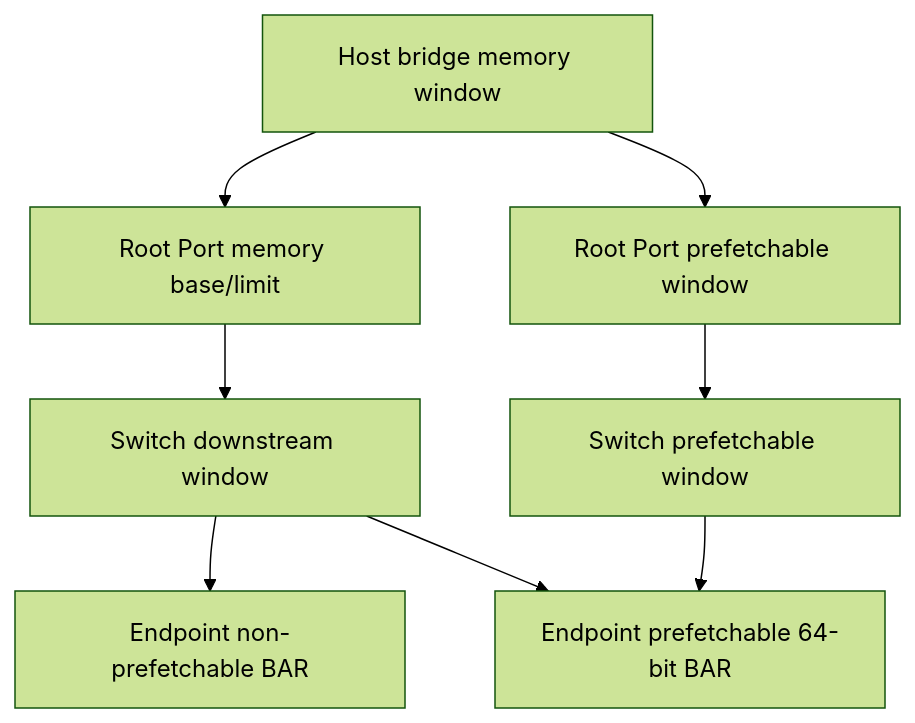
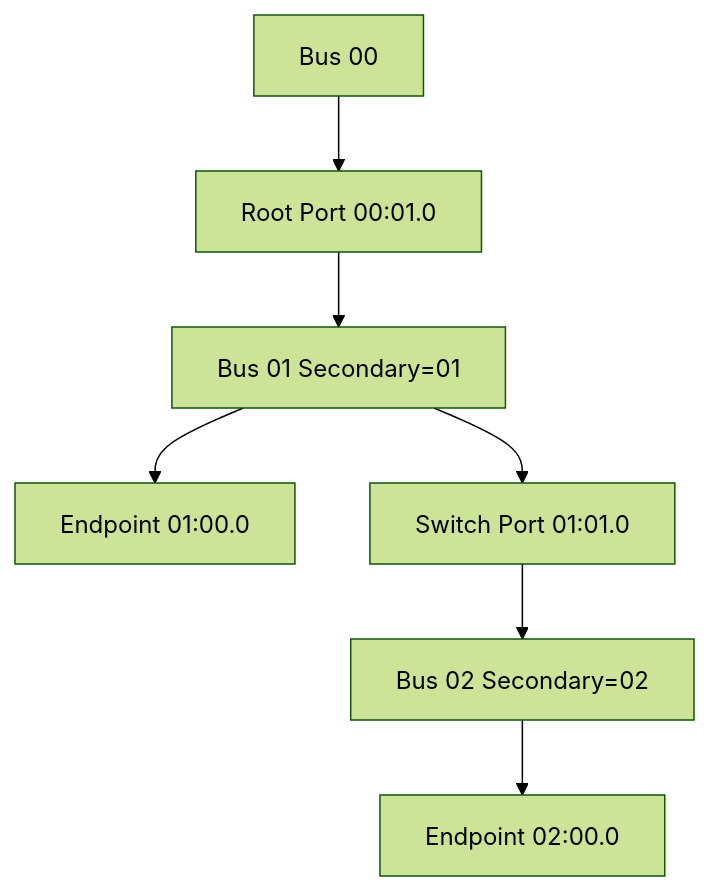
One commit to cdragon-ljl/EEandEdgeAI changed the second of 3 diagrams in docs/articles/pcie/pci-02-enumeration-config-space.md. Above: the diagram before and after it, drawn with Mermaid (forest theme). The commit also changed other lines of this file and 3 other files, not shown here.

````diff
--- a/docs/articles/pcie/pci-02-enumeration-config-space.md
+++ b/docs/articles/pcie/pci-02-enumeration-config-space.md
@@ -230,10 +84,9 @@
 ```mermaid
 flowchart TD
-    ROOT[Host bridge memory window] --> RP[Root Port memory base/limit]
-    RP --> SW[Switch downstream window]
-    SW --> BAR0[Endpoint non-prefetchable BAR]
-    SW --> PBAR[Endpoint prefetchable 64-bit BAR]
-    ROOT --> PRP[Root Port prefetchable window]
-    PRP --> PSW[Switch prefetchable window]
-    PSW --> PBAR
+    B0[Bus 00] --> RP[Root Port 00:01.0]
+    RP --> B1[Bus 01 Secondary=01]
+    B1 --> EP[Endpoint 01:00.0]
+    B1 --> SW[Switch Port 01:01.0]
+    SW --> B2[Bus 02 Secondary=02]
+    B2 --> EP2[Endpoint 02:00.0]
 ```
````
